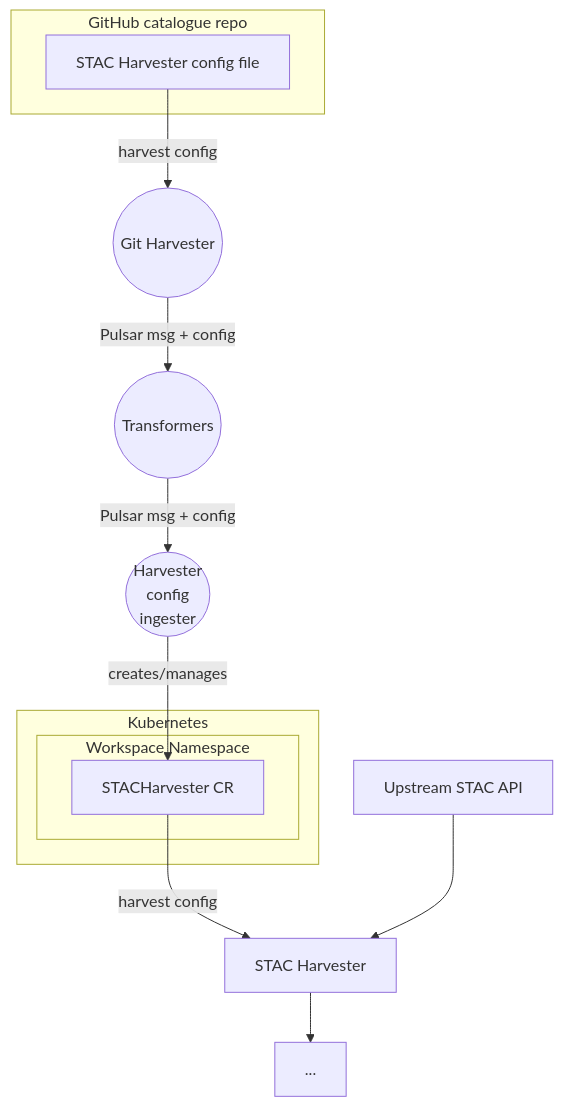
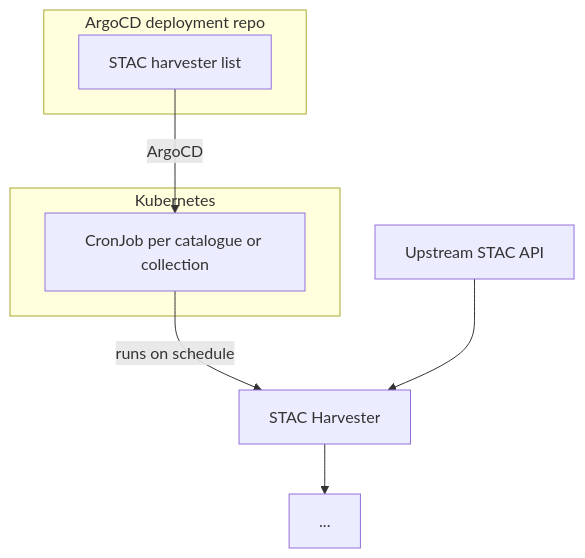
The fourth of 4 diagrams in docs/explanation/architecture/catalogue/ingestion-and-harvesting.md (EO-DataHub/eodhp-guide), drawn with Mermaid before and after one commit. The commit also changed other lines of this file and 4 other files, not shown here.

Commit message:
Describe the STAC harvesters as CronJobs (#80)

````diff
--- a/docs/explanation/architecture/catalogue/ingestion-and-harvesting.md
+++ b/docs/explanation/architecture/catalogue/ingestion-and-harvesting.md
@@ -170,28 +170,19 @@
 ```mermaid
 flowchart TB
-   subgraph GHCatRepo[GitHub catalogue repo]
-      harvesterconfigfile[STAC Harvester config file]
+   subgraph DeployRepo[ArgoCD deployment repo]
+      harvesterlist[STAC harvester list]
    end
 
-
-   githarvester((Git Harvester))
-   transformer((Transformers))
-   harvesterconfigingester((Harvester\nconfig\ningester))
-
    subgraph Kubernetes
-      subgraph WSNamespace[Workspace Namespace]
-         stacharvestercr[STACHarvester CR]
-      end
+      cronjob[CronJob per catalogue or collection]
    end
 
-
-   harvesterconfigfile --> |harvest config| githarvester --> |Pulsar msg + config| transformer  --> |Pulsar msg + config| harvesterconfigingester  --> |creates/manages| stacharvestercr
-   
+   harvesterlist --> |ArgoCD| cronjob
 
    UpstreamSTAC[Upstream STAC API]
    stacharvester[STAC Harvester]
    stacharvesternext[...]
 
-   stacharvestercr --> |harvest config| stacharvester --> stacharvesternext
+   cronjob --> |runs on schedule| stacharvester --> stacharvesternext
    UpstreamSTAC --> stacharvester
 ```
````
